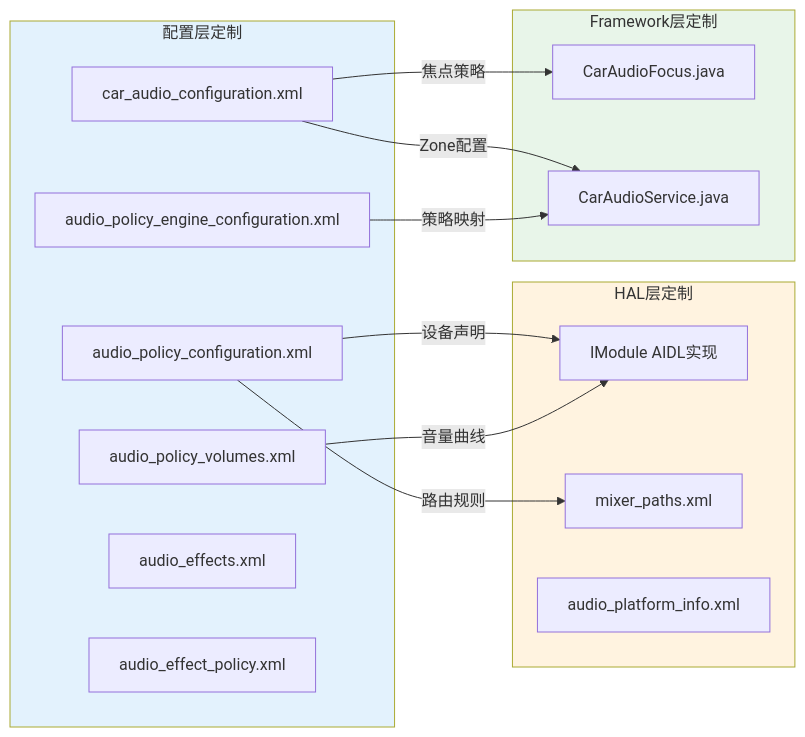
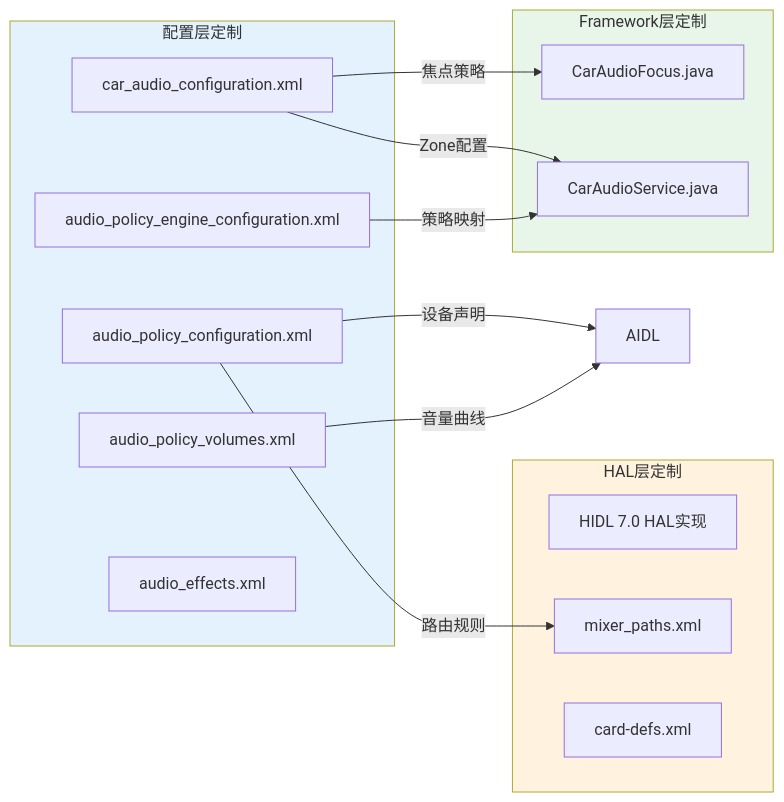
The first of 2 diagrams in 11_Vendor_Layer/11_11.10_OEM定制点完整矩阵.md (yanglinzhen1022/SA8295_AAOS_QNX_Audio_KnowledgeBase), drawn with Mermaid before and after one commit. The commit also changed other lines of this file and 13 other files, not shown here.

````diff
--- a/11_Vendor_Layer/11_11.10_OEM定制点完整矩阵.md
+++ b/11_Vendor_Layer/11_11.10_OEM定制点完整矩阵.md
@@ -11,31 +11,30 @@
 ```mermaid
 graph LR
     subgraph 配置层定制
         APC[audio_policy_configuration.xml]
         APV[audio_policy_volumes.xml]
         APE[audio_policy_engine_configuration.xml]
         CAC[car_audio_configuration.xml]
         AEX[audio_effects.xml]
-        AEP[audio_effect_policy.xml]
     end
     subgraph HAL层定制
-        AIDL[IModule AIDL实现]
+        HID[HIDL 7.0 HAL实现]
         MIX[mixer_paths.xml]
-        API[audio_platform_info.xml]
+        CDB[card-defs.xml]
     end
     subgraph Framework层定制
         CAF[CarAudioFocus.java]
         CAS[CarAudioService.java]
     end
 
     APC -->|设备声明| AIDL
     APC -->|路由规则| MIX
     CAC -->|Zone配置| CAS
     CAC -->|焦点策略| CAF
     APE -->|策略映射| CAS
     APV -->|音量曲线| AIDL
 
     style 配置层定制 fill:#e3f2fd
     style HAL层定制 fill:#fff3e0
     style Framework层定制 fill:#e8f5e9
 ```
````
